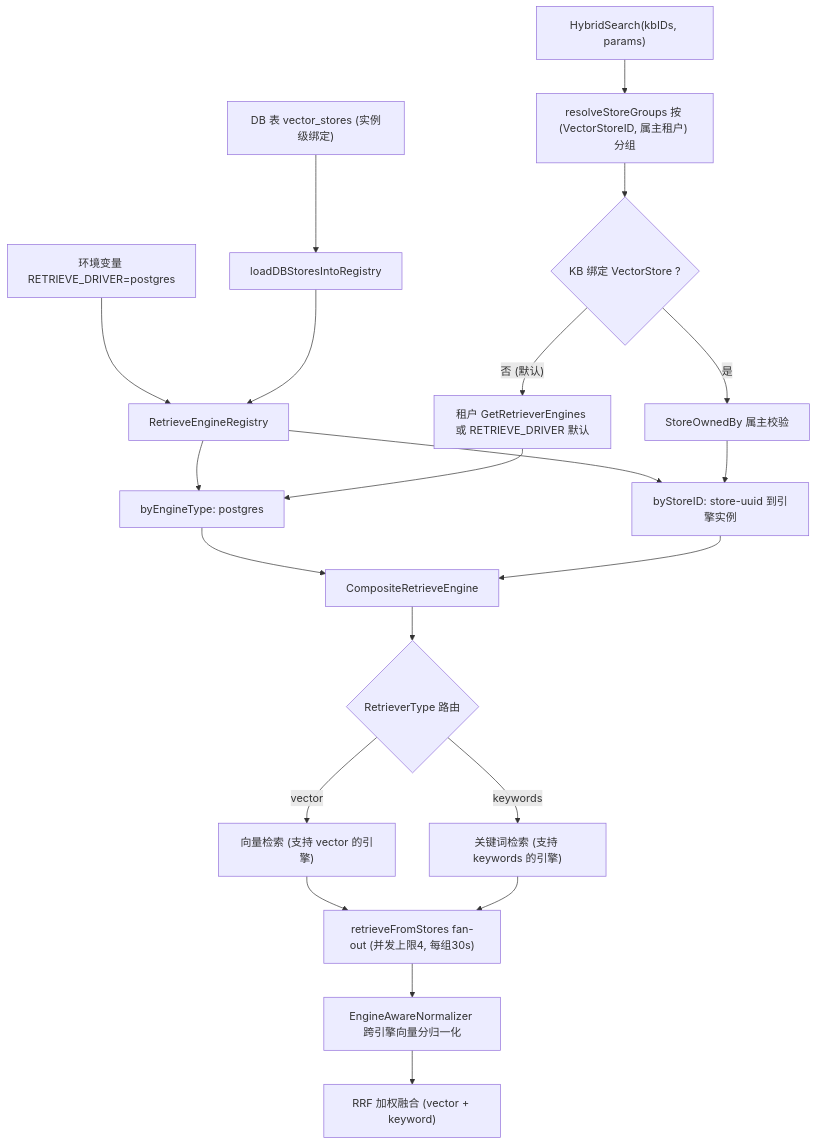
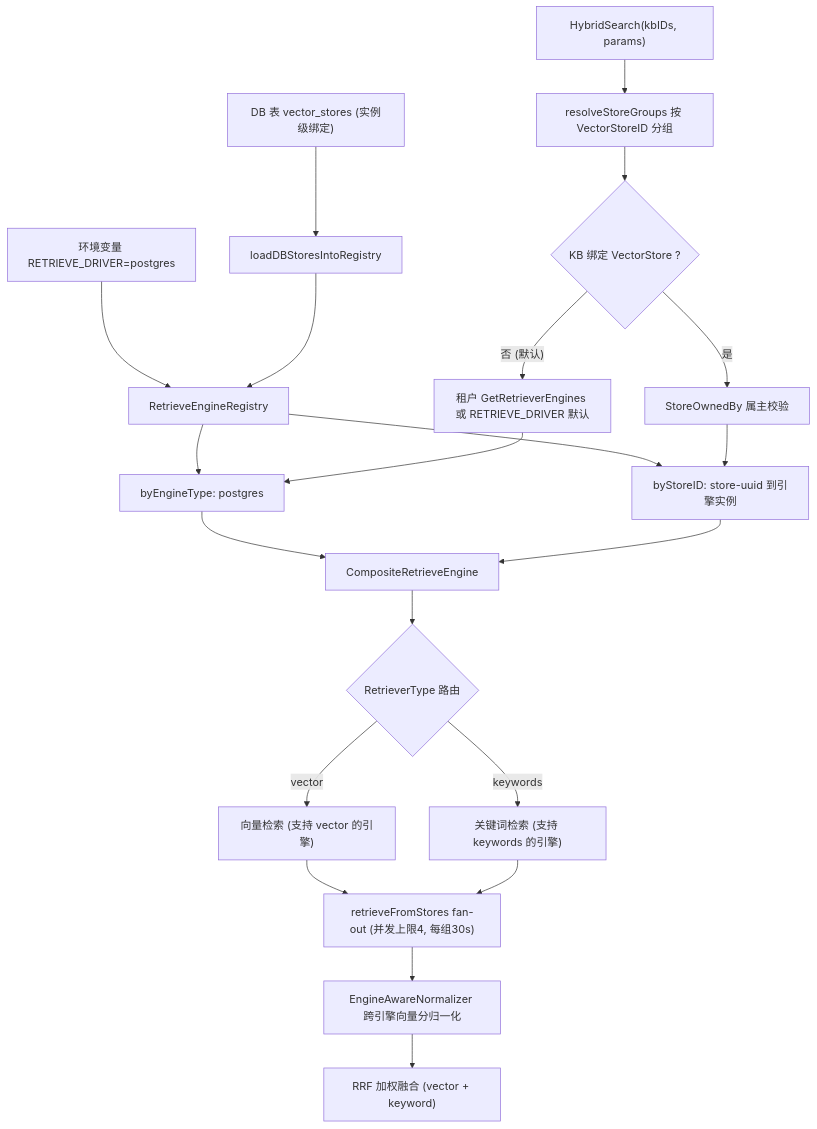
Before and after one commit to magicyuan876/Yuheng: the first of 2 diagrams in website-docs/03-features/05-retrieval-engines.md, drawn with Mermaid. The commit also changed other lines of this file and 39 other files, not shown here.

````diff
--- a/website-docs/03-features/05-retrieval-engines.md
+++ b/website-docs/03-features/05-retrieval-engines.md
@@ -64,24 +64,24 @@
 ```mermaid
 flowchart TD
     ENV["环境变量 RETRIEVE_DRIVER=postgres"] --> REG
     DB["DB 表 vector_stores (实例级绑定)"] --> LOAD["loadDBStoresIntoRegistry"]
     LOAD --> REG["RetrieveEngineRegistry"]
     REG --> BET["byEngineType: postgres"]
     REG --> BSI["byStoreID: store-uuid 到引擎实例"]
 
-    Q["HybridSearch(kbIDs, params)"] --> GRP["resolveStoreGroups 按 (VectorStoreID, 属主租户) 分组"]
+    Q["HybridSearch(kbIDs, params)"] --> GRP["resolveStoreGroups 按 VectorStoreID 分组"]
     GRP --> F1{"KB 绑定 VectorStore ?"}
     F1 -- "否 (默认)" --> TEN["租户 GetRetrieverEngines 或 RETRIEVE_DRIVER 默认"]
     TEN --> BET
     F1 -- "是" --> OWN["StoreOwnedBy 属主校验"]
     OWN --> BSI
     BET --> COMP["CompositeRetrieveEngine"]
     BSI --> COMP
     COMP --> RT{"RetrieverType 路由"}
     RT -- "vector" --> VE["向量检索 (支持 vector 的引擎)"]
     RT -- "keywords" --> KE["关键词检索 (支持 keywords 的引擎)"]
     VE --> FAN["retrieveFromStores fan-out (并发上限4, 每组30s)"]
     KE --> FAN
     FAN --> NORM["EngineAwareNormalizer 跨引擎向量分归一化"]
     NORM --> RRF["RRF 加权融合 (vector + keyword)"]
 ```
````
